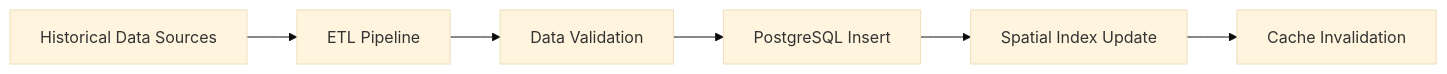
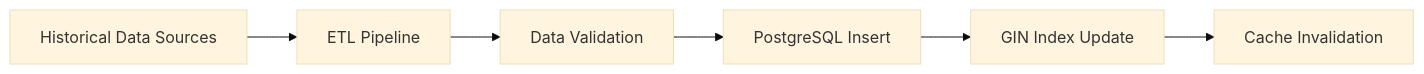
Before and after one commit to kmryst/terraform-hannibal: the second of 2 diagrams in docs/architecture/data-architecture.md, drawn with Mermaid (base theme). The commit also changed other lines of this file and 2 other files, not shown here.

````diff
--- a/docs/architecture/data-architecture.md
+++ b/docs/architecture/data-architecture.md
@@ -165,8 +164,8 @@
 ```mermaid
 graph LR
     A[Historical Data Sources] --> B[ETL Pipeline]
     B --> C[Data Validation]
     C --> D[PostgreSQL Insert]
-    D --> E[Spatial Index Update]
+    D --> E[GIN Index Update]
     E --> F[Cache Invalidation]
 ```
````
